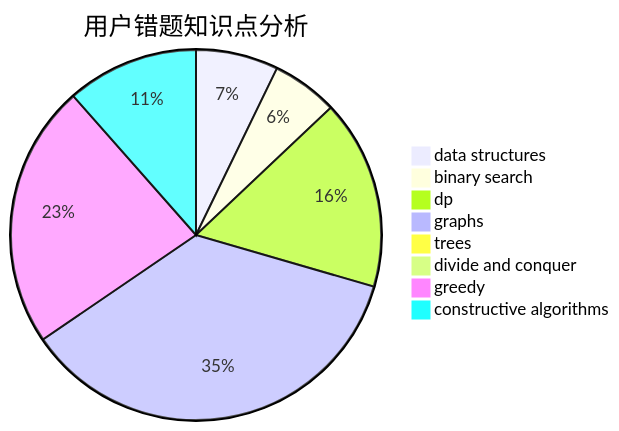
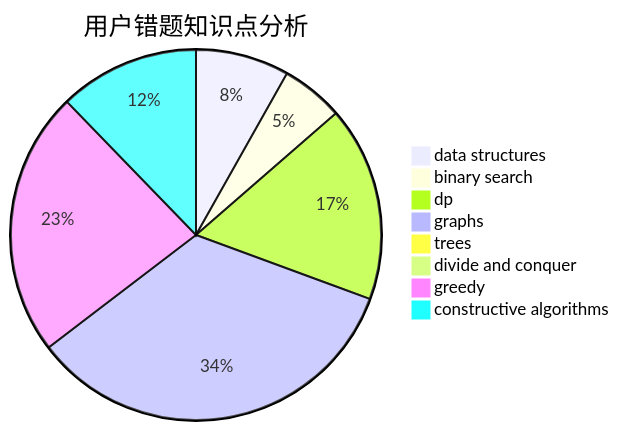
The third of 3 diagrams in docs/user/u1412.md (sherpahu/cfrs.github.io), drawn with Mermaid before and after one commit. The commit also changed other lines of this file and 2770 other files, not shown here.

````diff
--- a/docs/user/u1412.md
+++ b/docs/user/u1412.md
@@ -36,11 +36,11 @@
 ```mermaid
 pie title 用户错题知识点分析
-    "data structures" :  10
+    "data structures" :  12
     "binary search" :  8
-    "dp" :  23
+    "dp" :  25
     "graphs" :  50
     "trees" :  1
     "divide and conquer" :  1
-    "greedy" :  32
-    "constructive algorithms" :  16
+    "greedy" :  34
+    "constructive algorithms" :  18
 ```
````
